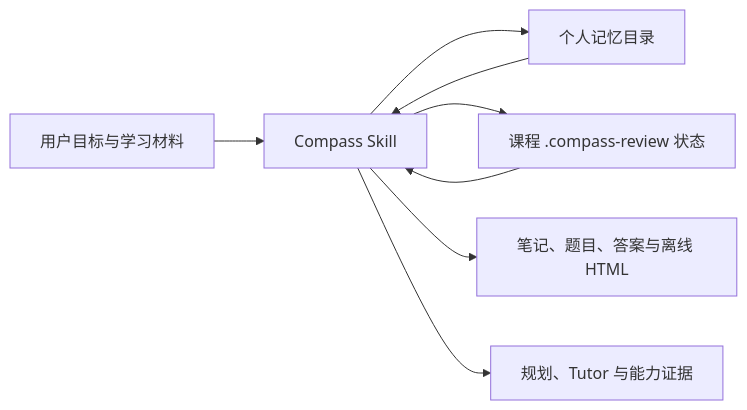
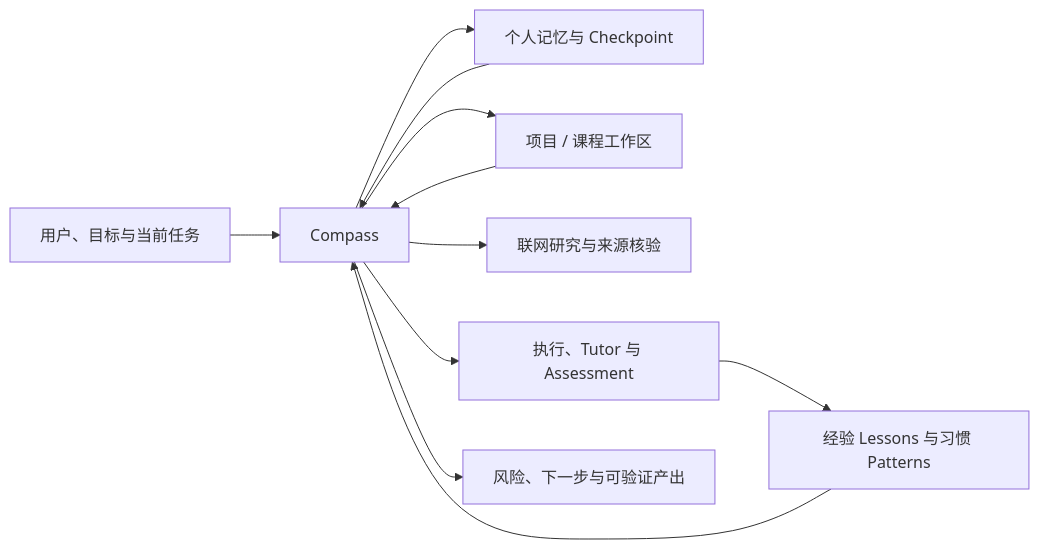
One commit to Yunique-hub/Compass- changed the diagram in README.md. Above: the diagram before and after it, drawn with Mermaid. The commit also changed other lines of this file and 5 other files, not shown here.

Commit message:
reposition Compass as a general agent skill

````diff
--- a/README.md
+++ b/README.md
@@ -66,10 +37,13 @@
 ```mermaid
 flowchart LR
-    U["用户目标与学习材料"] --> S["Compass Skill"]
-    S --> M["个人记忆目录"]
-    S --> C["课程 .compass-review 状态"]
-    S --> O["笔记、题目、答案与离线 HTML"]
-    S --> G["规划、Tutor 与能力证据"]
-    M --> S
-    C --> S
+    U["用户、目标与当前任务"] --> C["Compass"]
+    C --> M["个人记忆与 Checkpoint"]
+    C --> W["项目 / 课程工作区"]
+    C --> R["联网研究与来源核验"]
+    C --> E["执行、Tutor 与 Assessment"]
+    E --> L["经验 Lessons 与习惯 Patterns"]
+    L --> C
+    M --> C
+    W --> C
+    C --> P["风险、下一步与可验证产出"]
 ```
````
